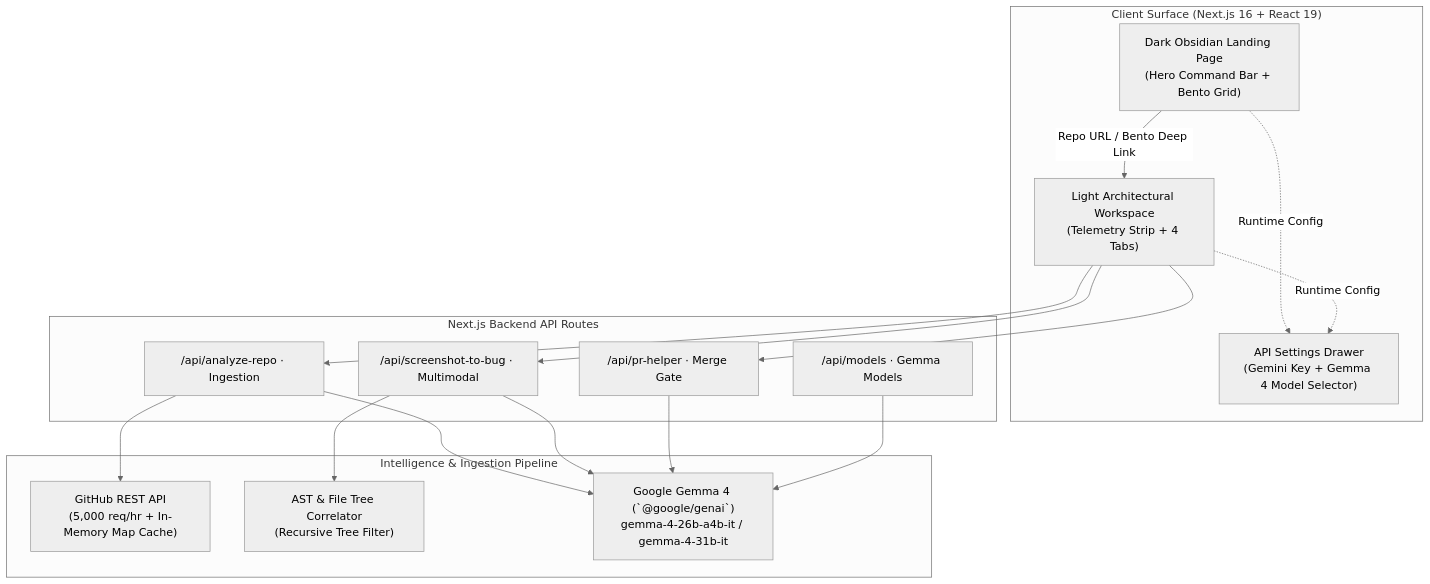
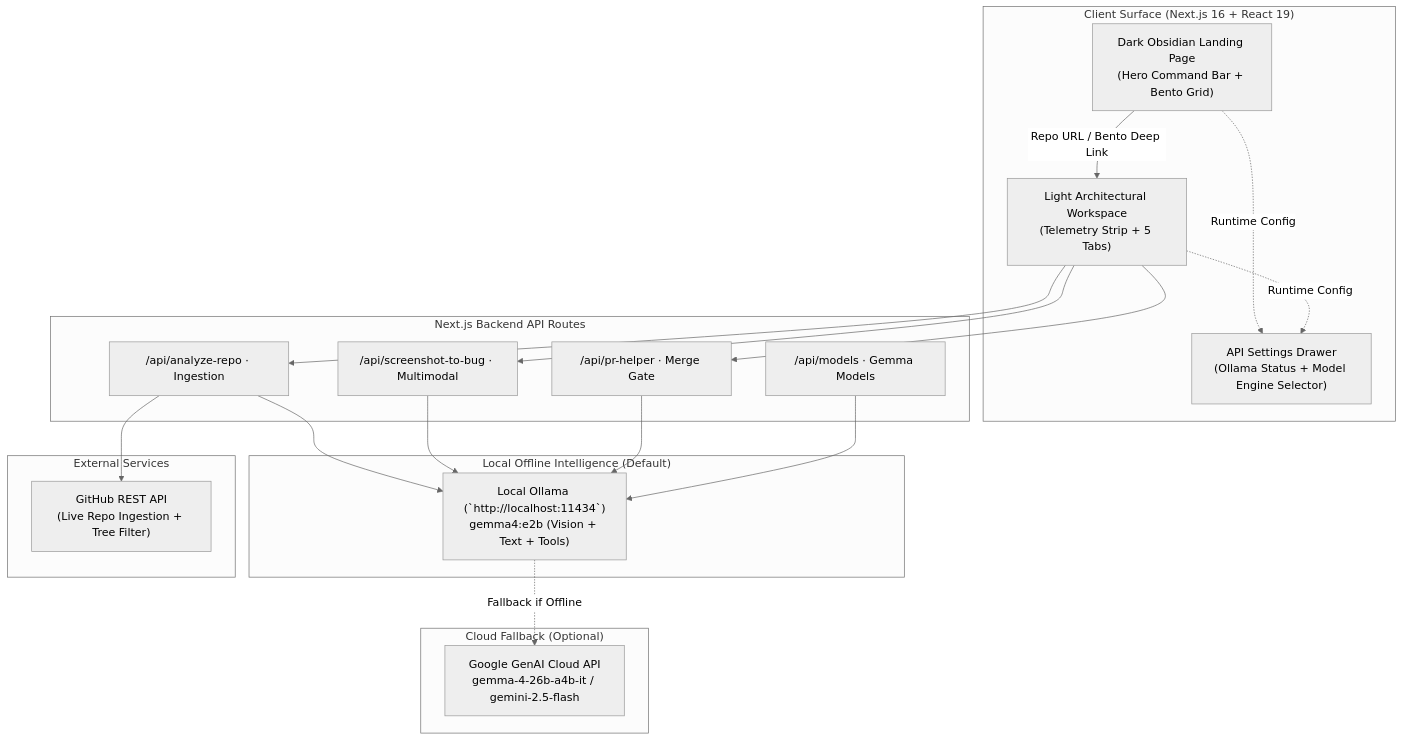
Before and after one commit to Adarshmilan/hacktober2026: the diagram in README.md, drawn with Mermaid (neutral theme). The commit also changed other lines of this file and 9 other files, not shown here.

Commit message:
Done For LOCAL GEMMA

````diff
--- a/README.md
+++ b/README.md
@@ -37,36 +38,43 @@
 ```mermaid
 flowchart TD
     subgraph UI ["Client Surface (Next.js 16 + React 19)"]
         Landing["Dark Obsidian Landing Page<br/>(Hero Command Bar + Bento Grid)"]
-        Workspace["Light Architectural Workspace<br/>(Telemetry Strip + 4 Tabs)"]
-        Settings["API Settings Drawer<br/>(Gemini Key + Gemma 4 Model Selector)"]
+        Workspace["Light Architectural Workspace<br/>(Telemetry Strip + 5 Tabs)"]
+        Settings["API Settings Drawer<br/>(Ollama Status + Model Engine Selector)"]
     end
 
     subgraph API ["Next.js Backend API Routes"]
         RepoRoute["/api/analyze-repo · Ingestion"]
         BugRoute["/api/screenshot-to-bug · Multimodal"]
         PRRoute["/api/pr-helper · Merge Gate"]
         ModelRoute["/api/models · Gemma Models"]
     end
 
-    subgraph Engine ["Intelligence & Ingestion Pipeline"]
-        GHClient["GitHub REST API<br/>(5,000 req/hr + In-Memory Map Cache)"]
-        ASTCorrelator["AST & File Tree Correlator<br/>(Recursive Tree Filter)"]
-        GemmaEngine["Google Gemma 4 (`@google/genai`)<br/>gemma-4-26b-a4b-it / gemma-4-31b-it"]
+    subgraph LocalEngine ["Local Offline Intelligence (Default)"]
+        OllamaLocal["Local Ollama (`http://localhost:11434`)<br/>gemma4:e2b (Vision + Text + Tools)"]
+    end
+
+    subgraph CloudEngine ["Cloud Fallback (Optional)"]
+        GeminiCloud["Google GenAI Cloud API<br/>gemma-4-26b-a4b-it / gemini-2.5-flash"]
+    end
+
+    subgraph External ["External Services"]
+        GHClient["GitHub REST API<br/>(Live Repo Ingestion + Tree Filter)"]
     end
 
     Landing -->|Repo URL / Bento Deep Link| Workspace
     Landing -.->|Runtime Config| Settings
     Workspace -.->|Runtime Config| Settings
 
     Workspace --> RepoRoute
     Workspace --> BugRoute
     Workspace --> PRRoute
 
     RepoRoute --> GHClient
-    RepoRoute --> GemmaEngine
-    BugRoute --> GemmaEngine
-    BugRoute --> ASTCorrelator
-    PRRoute --> GemmaEngine
-    ModelRoute --> GemmaEngine
+    RepoRoute --> OllamaLocal
+    BugRoute --> OllamaLocal
+    PRRoute --> OllamaLocal
+    ModelRoute --> OllamaLocal
+
+    OllamaLocal -.->|Fallback if Offline| GeminiCloud
 ```
````
